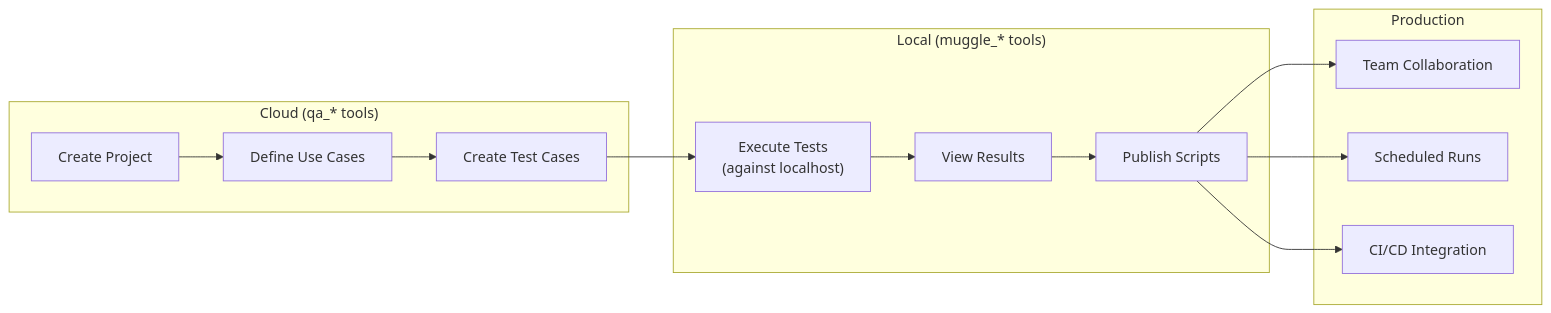
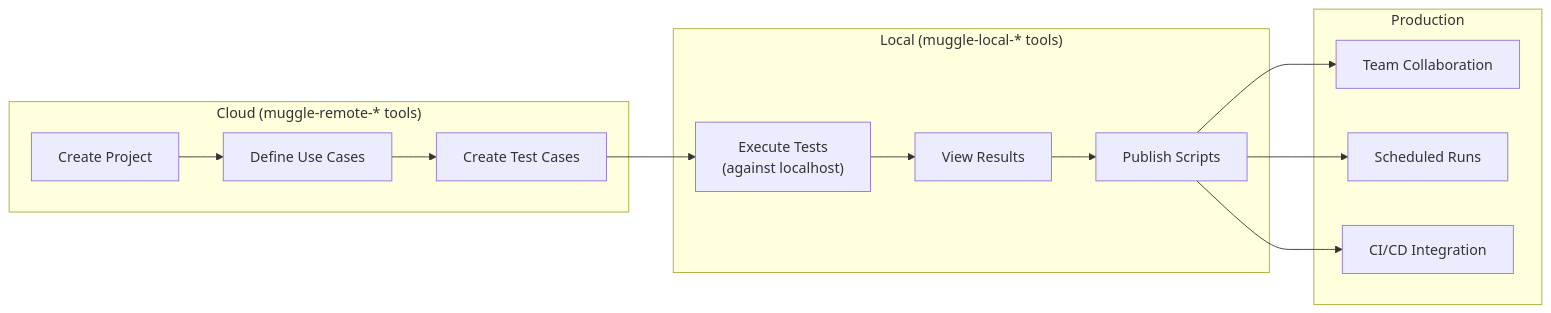
Before and after one commit to multiplex-ai/muggle-ai-docs: the third of 3 diagrams in local-testing/overview.md, drawn with Mermaid. The commit also changed other lines of this file and 8 other files, not shown here.

First line of the commit message:
docs: update local and cloud testing documentation to reflect new tool prefixes

````diff
--- a/local-testing/overview.md
+++ b/local-testing/overview.md
@@ -136,22 +136,22 @@
 ```mermaid
 flowchart LR
-    subgraph cloud["Cloud (qa_* tools)"]
+    subgraph cloud["Cloud (muggle-remote-* tools)"]
         A["Create Project"]
         B["Define Use Cases"]
         C["Create Test Cases"]
     end
     
-    subgraph local["Local (muggle_* tools)"]
+    subgraph local["Local (muggle-local-* tools)"]
         D["Execute Tests<br/>(against localhost)"]
         E["View Results"]
         F["Publish Scripts"]
     end
     
     subgraph production["Production"]
         G["Team Collaboration"]
         H["Scheduled Runs"]
         I["CI/CD Integration"]
     end
     
     A --> B --> C --> D --> E --> F --> G & H & I
 ```
````
